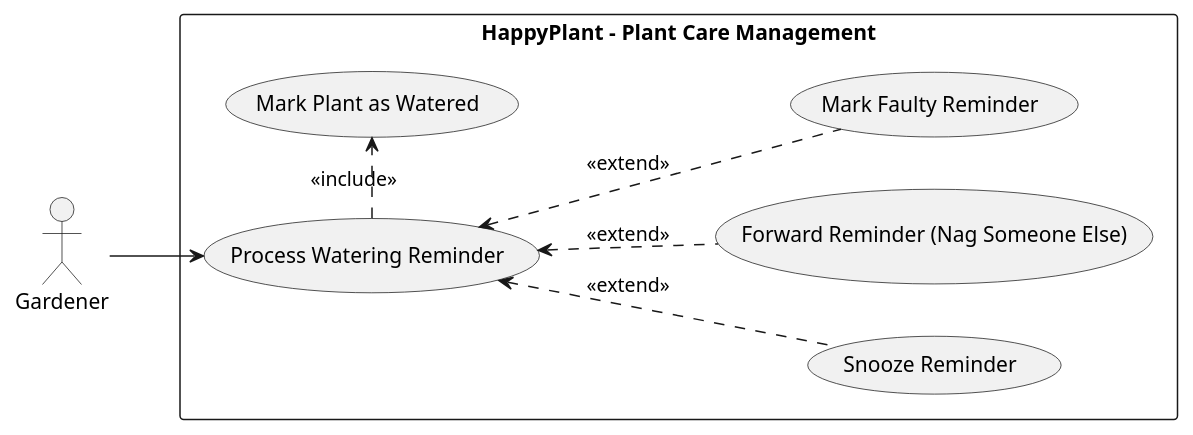
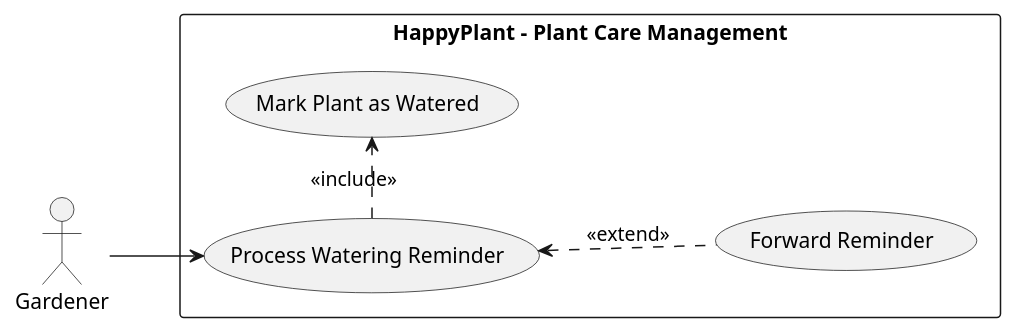
One commit to jakub-mata/uvod-do-soft-eng changed the diagram in docs/uml/use-case-001-uml.plantuml. Above: the diagram before and after it, drawn with PlantUML. The commit also changed 7 other files, not shown here.

Commit message:
Simplify use case diagrams

```diff
--- a/docs/uml/use-case-001-uml.plantuml
+++ b/docs/uml/use-case-001-uml.plantuml
@@ -1,24 +1,20 @@
 @startuml
 left to right direction
 actor "Gardener" as AC_G
 
 rectangle "HappyPlant - Plant Care Management" {
     usecase "Process Watering Reminder" as UC_PWR
     usecase "Mark Plant as Watered" as UC_MPW
-    usecase "Snooze Reminder" as UC_SR
-    usecase "Forward Reminder (Nag Someone Else)" as UC_FR
-    usecase "Mark Faulty Reminder" as UC_MFR
+    usecase "Forward Reminder" as UC_FR
 }
 
 ' Marking the plant as watered is the standard required step
 UC_PWR .r.> UC_MPW : <<include>>
 
 ' Alternative flows representing user choices during the reminder process
-UC_SR .u.> UC_PWR : <<extend>>
 UC_FR .u.> UC_PWR : <<extend>>
-UC_MFR .u.> UC_PWR : <<extend>>
 
 ' The actor initiates the interaction with the reminder
 AC_G --> UC_PWR
 
 @enduml
```
